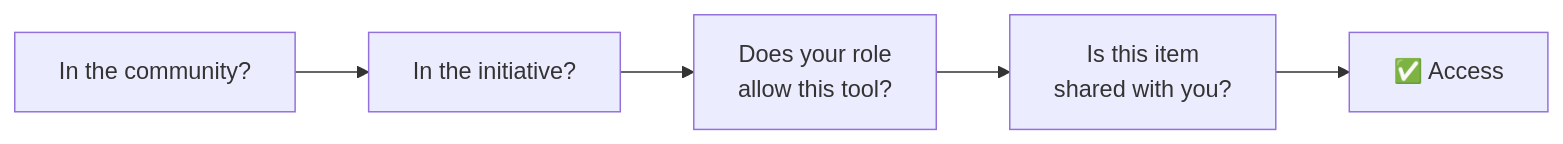
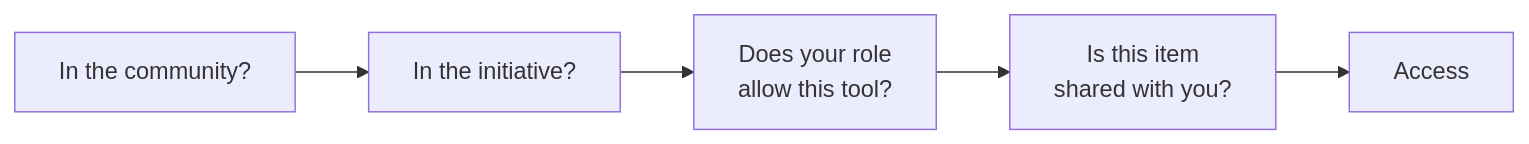
Before and after one commit to Morelitea/initiative: the diagram in docs/en/sharing/index.md, drawn with Mermaid. The commit also changed other lines of this file and 12 other files, not shown here.

````diff
--- a/docs/en/sharing/index.md
+++ b/docs/en/sharing/index.md
@@ -13,7 +15,7 @@
 ```mermaid
 graph LR
   A["In the community?"] --> B["In the initiative?"]
   B --> C["Does your role<br/>allow this tool?"]
   C --> D["Is this item<br/>shared with you?"]
-  D --> E["✅ Access"]
+  D --> E["Access"]
 ```
````
